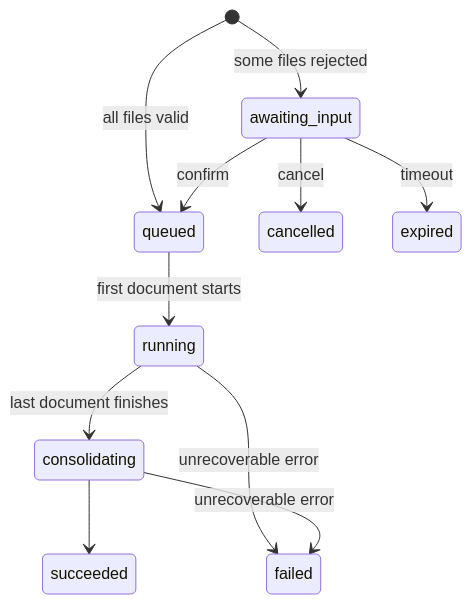
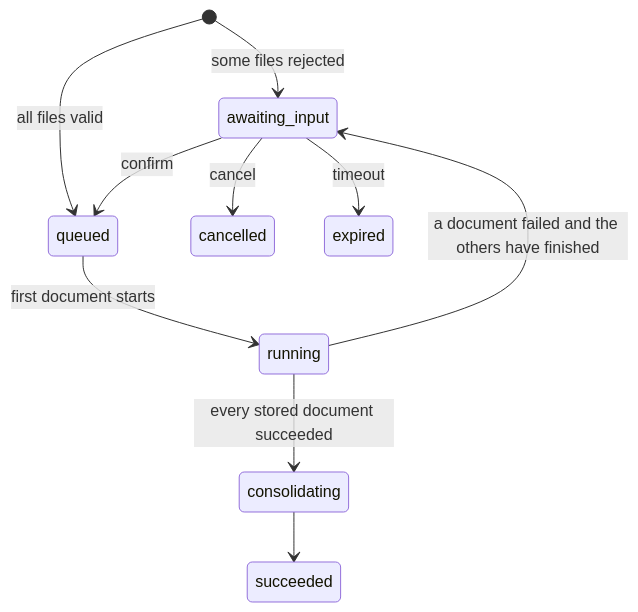
One commit to nc1z/doc-insight changed diagram 11 of 13 in context/architecture.md. Above: the diagram before and after it, drawn with Mermaid. The commit also changed other lines of this file and 2 other files, not shown here.

````diff
--- a/context/architecture.md
+++ b/context/architecture.md
@@ -286,13 +282,12 @@
 ```mermaid
 stateDiagram-v2
     [*] --> awaiting_input: some files rejected
     [*] --> queued: all files valid
     awaiting_input --> queued: confirm
     awaiting_input --> cancelled: cancel
     awaiting_input --> expired: timeout
     queued --> running: first document starts
-    running --> consolidating: last document finishes
+    running --> consolidating: every stored document succeeded
+    running --> awaiting_input: a document failed and the others have finished
     consolidating --> succeeded
-    running --> failed: unrecoverable error
-    consolidating --> failed: unrecoverable error
 ```
````
